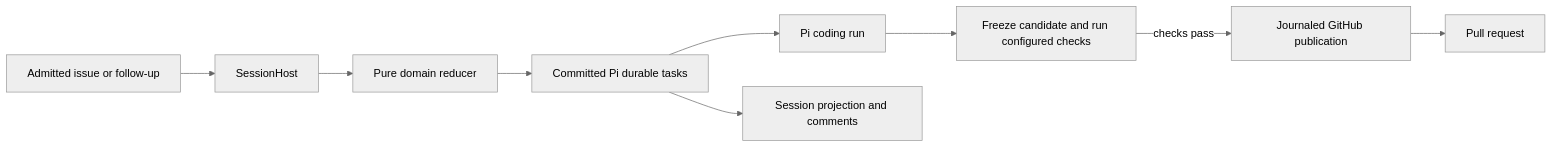
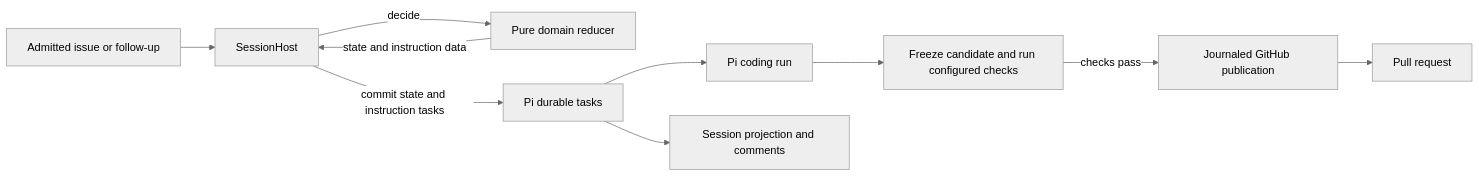
The first of 3 diagrams in docs/architecture.md (yuyays/caldero), drawn with Mermaid (neutral theme) before and after one commit. The commit also changed other lines of this file, not shown here.

````diff
--- a/docs/architecture.md
+++ b/docs/architecture.md
@@ -38,11 +38,12 @@
 ```mermaid
 flowchart LR
     Input[Admitted issue or follow-up] --> Host[SessionHost]
-    Host --> Reducer[Pure domain reducer]
-    Reducer --> Tasks[Committed Pi durable tasks]
+    Host -->|decide| Reducer[Pure domain reducer]
+    Reducer -->|state and instruction data| Host
+    Host -->|commit state and instruction tasks| Tasks[Pi durable tasks]
     Tasks --> Agent[Pi coding run]
     Agent --> Validate[Freeze candidate and run configured checks]
     Validate -->|checks pass| Publish[Journaled GitHub publication]
     Publish --> PR[Pull request]
     Tasks --> Projection[Session projection and comments]
 ```
````
